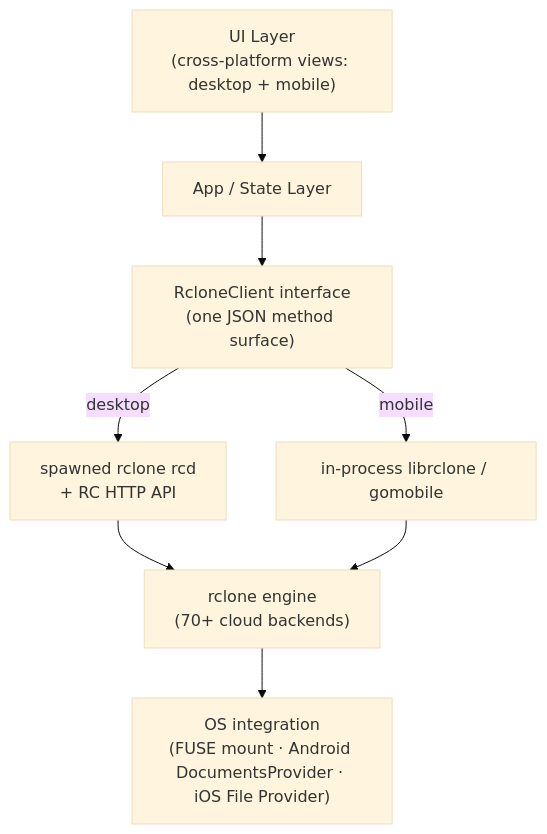
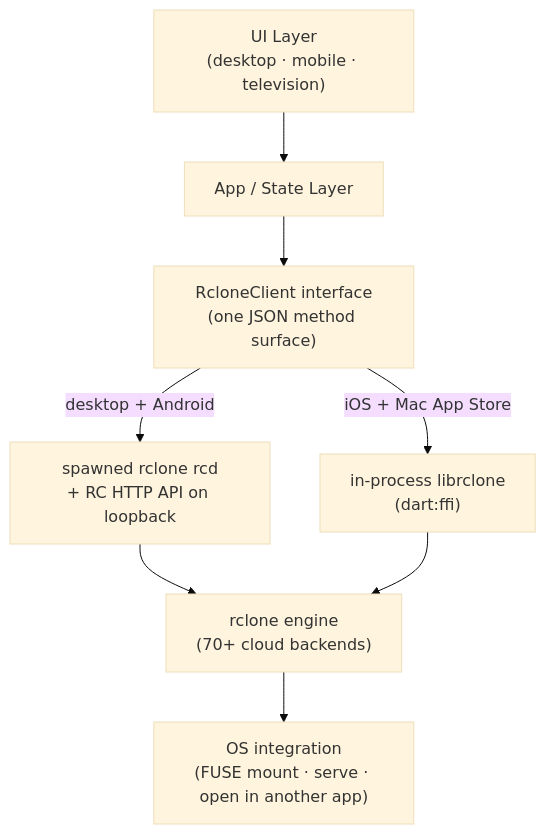
Before and after one commit to GigaionLLC/Airclone: the diagram in wiki/core/00-system-index.md, drawn with Mermaid (base theme). The commit also changed other lines of this file and 81 other files, not shown here.

````diff
--- a/wiki/core/00-system-index.md
+++ b/wiki/core/00-system-index.md
@@ -17,10 +17,10 @@
 ```mermaid
 graph TD
-    UI["UI Layer<br/>(cross-platform views: desktop + mobile)"] --> State["App / State Layer"]
+    UI["UI Layer<br/>(desktop · mobile · television)"] --> State["App / State Layer"]
     State --> RC["RcloneClient interface<br/>(one JSON method surface)"]
-    RC -->|desktop| RCD["spawned rclone rcd<br/>+ RC HTTP API"]
-    RC -->|mobile| LIB["in-process librclone / gomobile"]
+    RC -->|"desktop + Android"| RCD["spawned rclone rcd<br/>+ RC HTTP API on loopback"]
+    RC -->|"iOS + Mac App Store"| LIB["in-process librclone<br/>(dart:ffi)"]
     RCD --> ENG["rclone engine<br/>(70+ cloud backends)"]
     LIB --> ENG
-    ENG --> OS["OS integration<br/>(FUSE mount · Android DocumentsProvider · iOS File Provider)"]
+    ENG --> OS["OS integration<br/>(FUSE mount · serve · open in another app)"]
 ```
````
